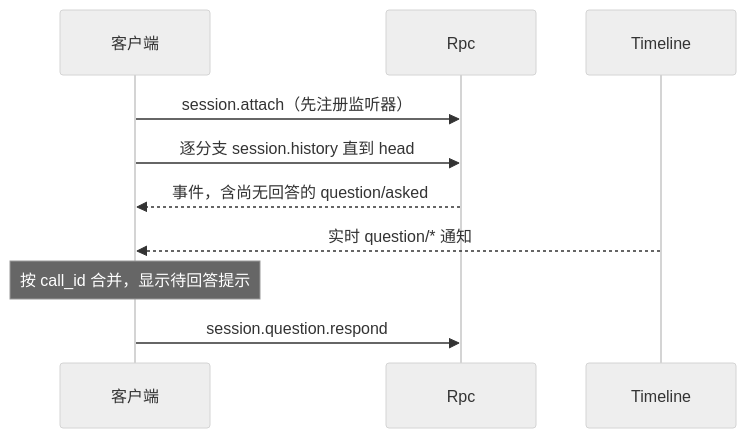
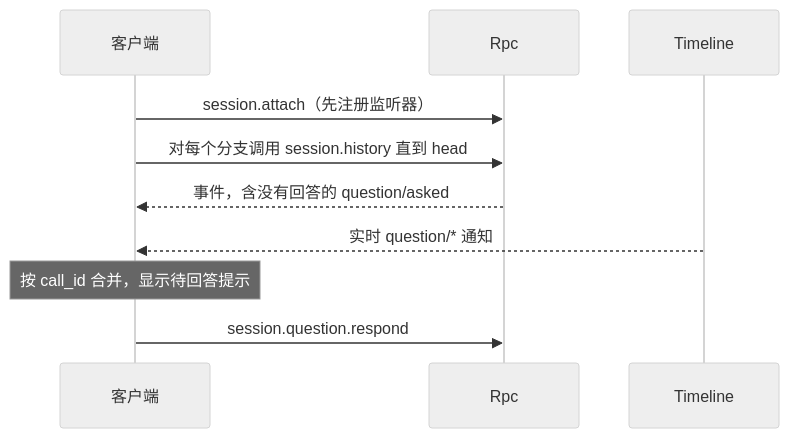
Before and after one commit to CoutinhoTTS/dim-agent: the fourth of 6 diagrams in docs/zh/design/plugins/Questions.md, drawn with Mermaid (neutral theme). The commit also changed other lines of this file and 18 other files, not shown here.

````diff
--- a/docs/zh/design/plugins/Questions.md
+++ b/docs/zh/design/plugins/Questions.md
@@ -115,12 +115,12 @@
 ```mermaid
 sequenceDiagram
   participant C as 客户端
   participant R as Rpc
   participant TL as Timeline
   C->>R: session.attach（先注册监听器）
-  C->>R: 逐分支 session.history 直到 head
-  R-->>C: 事件，含尚无回答的 question/asked
+  C->>R: 对每个分支调用 session.history 直到 head
+  R-->>C: 事件，含没有回答的 question/asked
   TL-->>C: 实时 question/* 通知
   Note over C: 按 call_id 合并，显示待回答提示
   C->>R: session.question.respond
 ```
````
